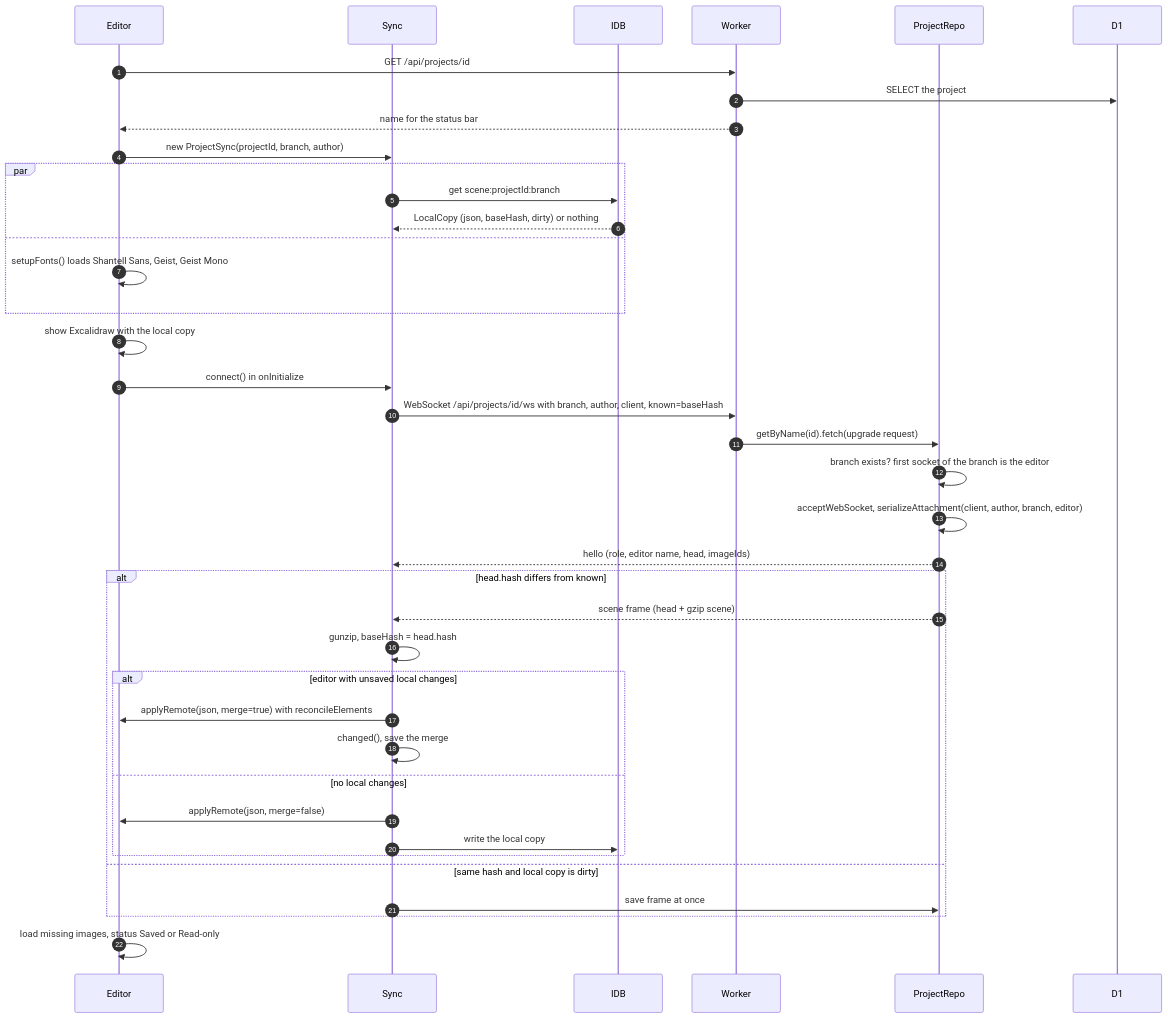
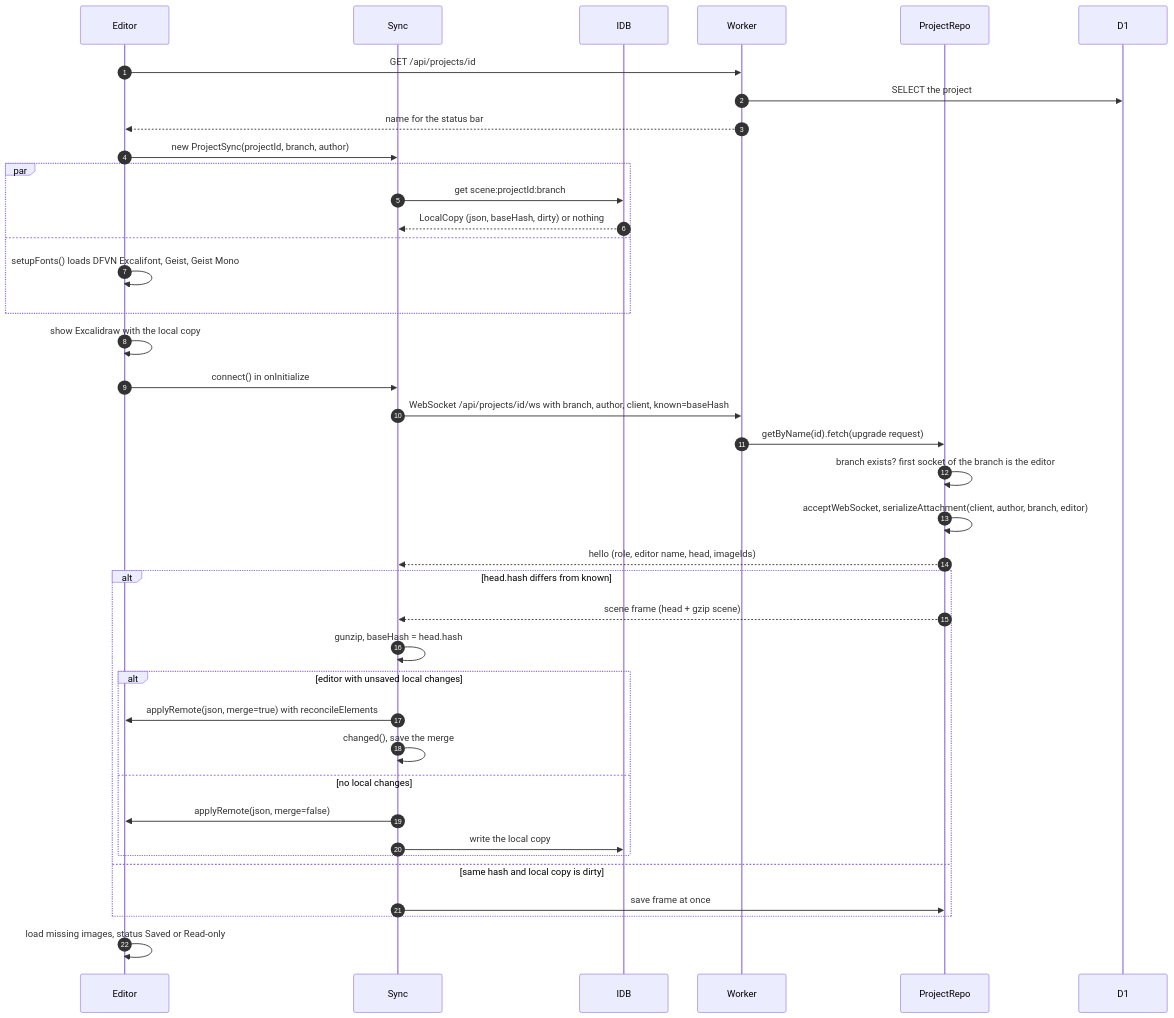
One commit to betty2310/draw changed the second of 15 diagrams in docs/sequences.md. Above: the diagram before and after it, drawn with Mermaid. The commit also changed 7 other files, not shown here.

First line of the commit message:
Use DFVN Excalifont as the hand-drawn font

````diff
--- a/docs/sequences.md
+++ b/docs/sequences.md
@@ -69,42 +69,42 @@
 ```mermaid
 sequenceDiagram
   autonumber
   participant E as Editor
   participant S as Sync
   participant IDB
   participant W as Worker
   participant DO as ProjectRepo
   participant D1
 
   E->>W: GET /api/projects/id
   W->>D1: SELECT the project
   W-->>E: name for the status bar
   E->>S: new ProjectSync(projectId, branch, author)
   par
     S->>IDB: get scene:projectId:branch
     IDB-->>S: LocalCopy (json, baseHash, dirty) or nothing
   and
-    E->>E: setupFonts() loads Shantell Sans, Geist, Geist Mono
+    E->>E: setupFonts() loads DFVN Excalifont, Geist, Geist Mono
   end
   E->>E: show Excalidraw with the local copy
   E->>S: connect() in onInitialize
   S->>W: WebSocket /api/projects/id/ws with branch, author, client, known=baseHash
   W->>DO: getByName(id).fetch(upgrade request)
   DO->>DO: branch exists? first socket of the branch is the editor
   DO->>DO: acceptWebSocket, serializeAttachment(client, author, branch, editor)
   DO-->>S: hello (role, editor name, head, imageIds)
   alt head.hash differs from known
     DO-->>S: scene frame (head + gzip scene)
     S->>S: gunzip, baseHash = head.hash
     alt editor with unsaved local changes
       S->>E: applyRemote(json, merge=true) with reconcileElements
       S->>S: changed(), save the merge
     else no local changes
       S->>E: applyRemote(json, merge=false)
       S->>IDB: write the local copy
     end
   else same hash and local copy is dirty
     S->>DO: save frame at once
   end
   E->>E: load missing images, status Saved or Read-only
 ```
````
